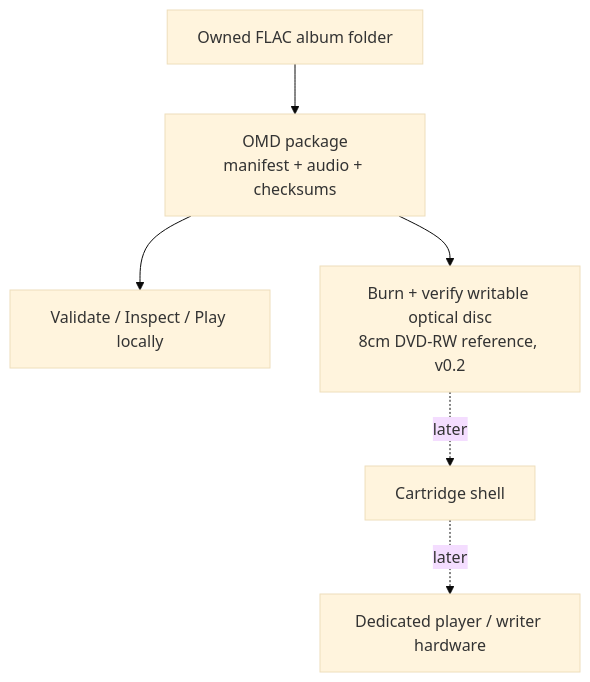
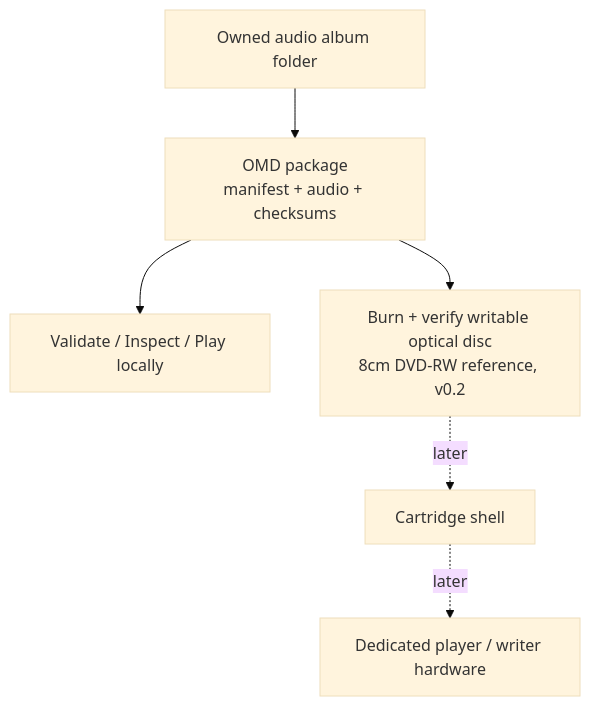
Before and after one commit to ashergarland/open-media-disc: the diagram in documentation/what-is-omd.md, drawn with Mermaid (base theme). The commit also changed other lines of this file and 28 other files, not shown here.

````diff
--- a/documentation/what-is-omd.md
+++ b/documentation/what-is-omd.md
@@ -35,8 +40,8 @@
 ```mermaid
 flowchart TB
-    A[Owned FLAC album folder] --> B[OMD package<br/>manifest + audio + checksums]
+  A[Owned audio album folder] --> B[OMD package<br/>manifest + audio + checksums]
     B --> C[Validate / Inspect / Play locally]
     B --> D[Burn + verify writable optical disc<br/>8cm DVD-RW reference, v0.2]
     D -. later .-> E[Cartridge shell]
     E -. later .-> F[Dedicated player / writer hardware]
 ```
````
